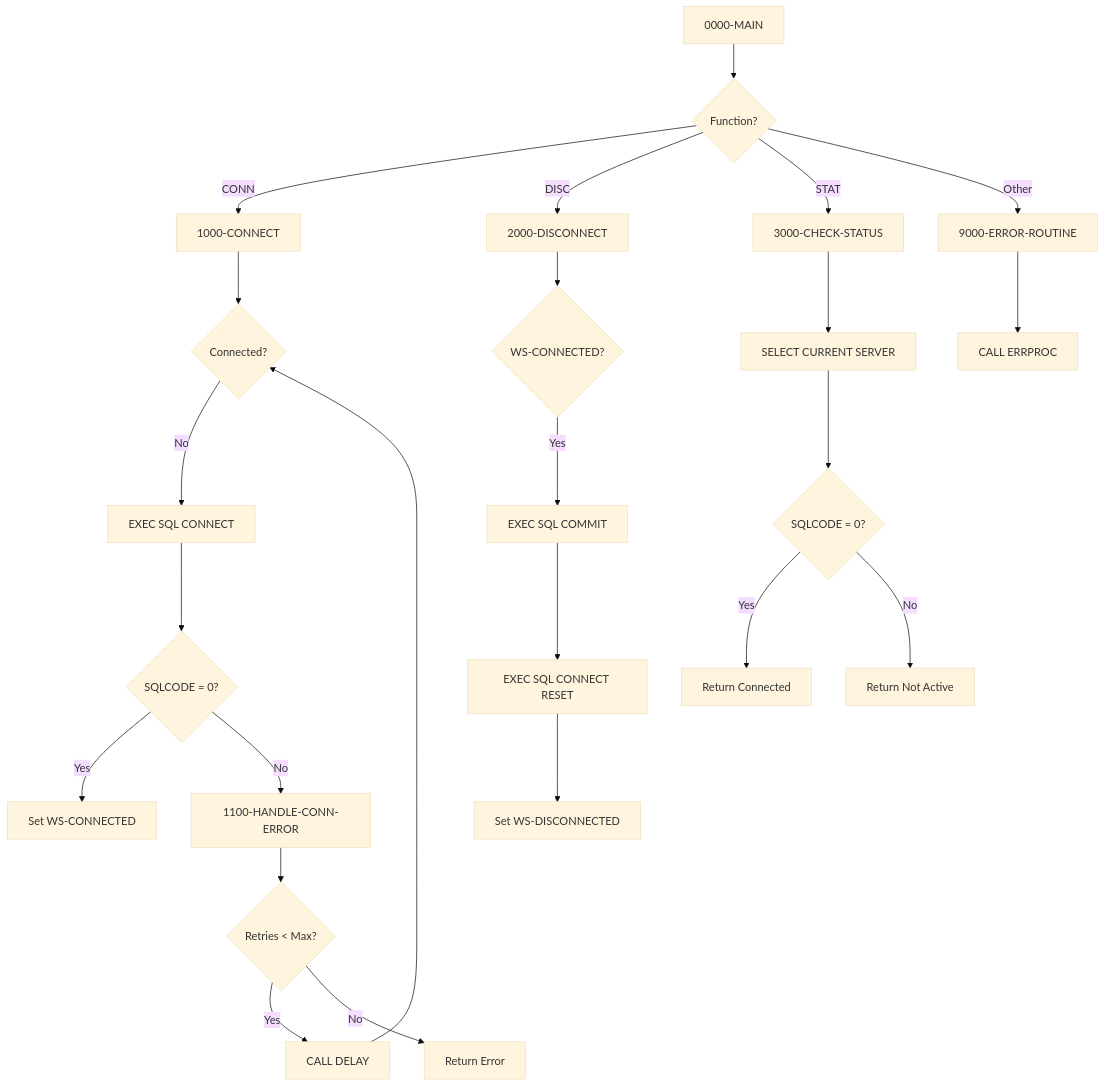
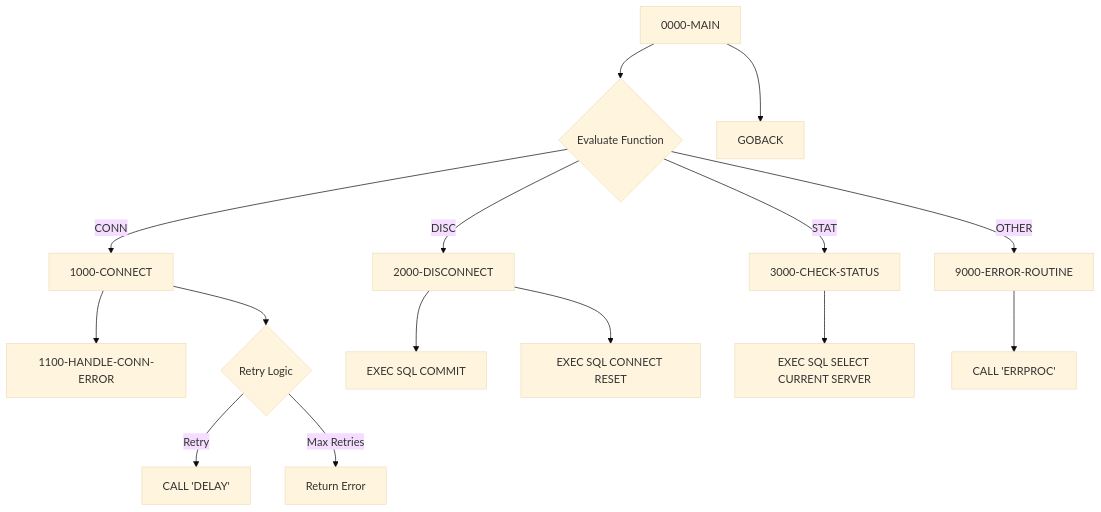
The diagram in docs/programs/DB2CONN.mdx (haladir-com/legacy-benchmark-docs-vb70e1), drawn with Mermaid (base theme) before and after one commit. The commit also changed other lines of this file and 63 other files, not shown here.

````diff
--- a/docs/programs/DB2CONN.mdx
+++ b/docs/programs/DB2CONN.mdx
@@ -20,30 +19,22 @@
 ```mermaid
 graph TD
-    A[0000-MAIN] --> B{Function?}
+    A[0000-MAIN] --> B{Evaluate Function}
     B -->|CONN| C[1000-CONNECT]
     B -->|DISC| D[2000-DISCONNECT]
     B -->|STAT| E[3000-CHECK-STATUS]
-    B -->|Other| F[9000-ERROR-ROUTINE]
+    B -->|OTHER| F[9000-ERROR-ROUTINE]
     
-    C --> C1{Connected?}
-    C1 -->|No| C2[EXEC SQL CONNECT]
-    C2 --> C3{SQLCODE = 0?}
-    C3 -->|Yes| C4[Set WS-CONNECTED]
-    C3 -->|No| C5[1100-HANDLE-CONN-ERROR]
-    C5 --> C6{Retries < Max?}
-    C6 -->|Yes| C7[CALL DELAY]
-    C7 --> C1
-    C6 -->|No| C8[Return Error]
+    C --> C1[1100-HANDLE-CONN-ERROR]
+    C --> C2{Retry Logic}
+    C2 -->|Retry| C3[CALL 'DELAY']
+    C2 -->|Max Retries| C4[Return Error]
     
-    D --> D1{WS-CONNECTED?}
-    D1 -->|Yes| D2[EXEC SQL COMMIT]
-    D2 --> D3[EXEC SQL CONNECT RESET]
-    D3 --> D4[Set WS-DISCONNECTED]
+    D --> D1[EXEC SQL COMMIT]
+    D --> D2[EXEC SQL CONNECT RESET]
     
-    E --> E1[SELECT CURRENT SERVER]
-    E1 --> E2{SQLCODE = 0?}
-    E2 -->|Yes| E3[Return Connected]
-    E2 -->|No| E4[Return Not Active]
+    E --> E1[EXEC SQL SELECT CURRENT SERVER]
     
-    F --> F1[CALL ERRPROC]
+    F --> F1[CALL 'ERRPROC']
+    
+    A --> G[GOBACK]
 ```
````
